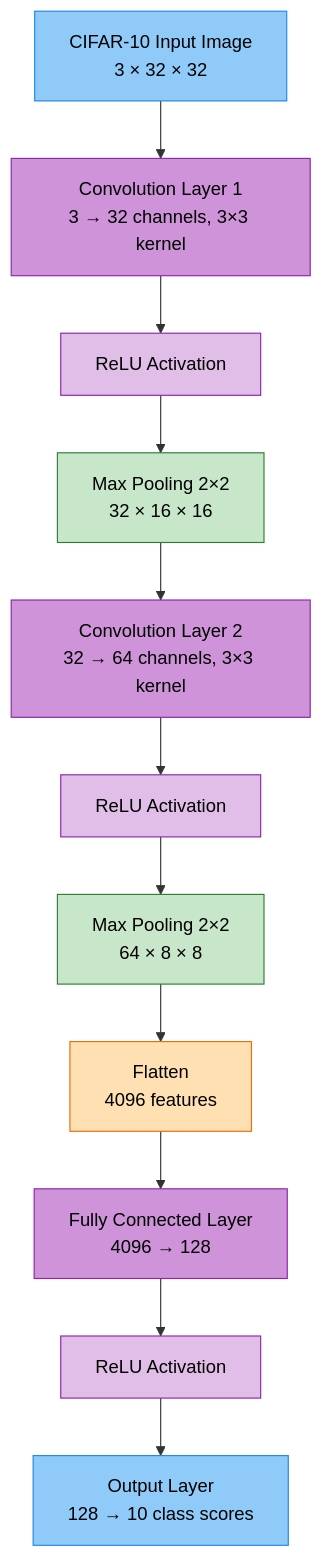
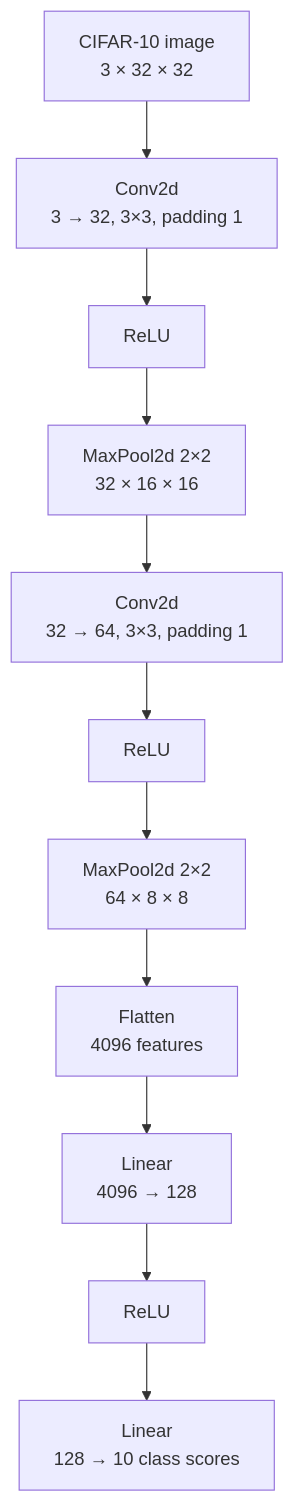
One commit to arshadhs/aiml-mlsysops-image-classification changed the first of 2 diagrams in README.md. Above: the diagram before and after it, drawn with Mermaid. The commit also changed other lines of this file and 26 other files, not shown here.

````diff
--- a/README.md
+++ b/README.md
@@ -17,35 +34,15 @@
 ```mermaid
-
 flowchart TD
-    A["CIFAR-10 Input Image<br/>3 × 32 × 32"]
-
-    B["Convolution Layer 1<br/>3 → 32 channels, 3×3 kernel"]
-    C["ReLU Activation"]
-    D["Max Pooling 2×2<br/>32 × 16 × 16"]
-
-    E["Convolution Layer 2<br/>32 → 64 channels, 3×3 kernel"]
-    F["ReLU Activation"]
-    G["Max Pooling 2×2<br/>64 × 8 × 8"]
-
+    A["CIFAR-10 image<br/>3 × 32 × 32"]
+    B["Conv2d<br/>3 → 32, 3×3, padding 1"]
+    C["ReLU"]
+    D["MaxPool2d 2×2<br/>32 × 16 × 16"]
+    E["Conv2d<br/>32 → 64, 3×3, padding 1"]
+    F["ReLU"]
+    G["MaxPool2d 2×2<br/>64 × 8 × 8"]
     H["Flatten<br/>4096 features"]
-    I["Fully Connected Layer<br/>4096 → 128"]
-    J["ReLU Activation"]
-    K["Output Layer<br/>128 → 10 class scores"]
-
-    A --> B --> C --> D
-    D --> E --> F --> G
-    G --> H --> I --> J --> K
-
-    style A fill:#90CAF9,stroke:#1E88E5,color:#000
-    style B fill:#CE93D8,stroke:#8E24AA,color:#000
-    style C fill:#E1BEE7,stroke:#8E24AA,color:#000
-    style D fill:#C8E6C9,stroke:#2E7D32,color:#000
-    style E fill:#CE93D8,stroke:#8E24AA,color:#000
-    style F fill:#E1BEE7,stroke:#8E24AA,color:#000
-    style G fill:#C8E6C9,stroke:#2E7D32,color:#000
-    style H fill:#FFE0B2,stroke:#EF6C00,color:#000
-    style I fill:#CE93D8,stroke:#8E24AA,color:#000
-    style J fill:#E1BEE7,stroke:#8E24AA,color:#000
-    style K fill:#90CAF9,stroke:#1E88E5,color:#000
-    
+    I["Linear<br/>4096 → 128"]
+    J["ReLU"]
+    K["Linear<br/>128 → 10 class scores"]
+    A --> B --> C --> D --> E --> F --> G --> H --> I --> J --> K
 ```
````
